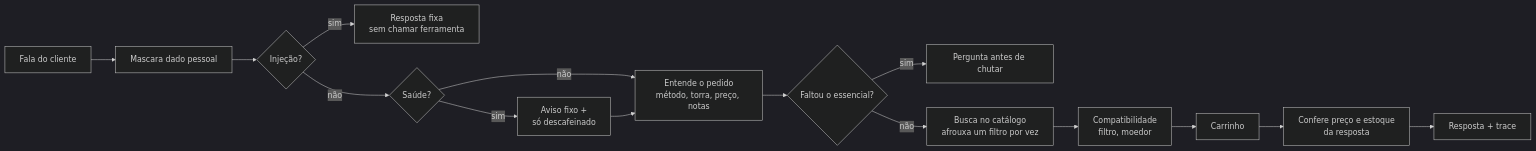
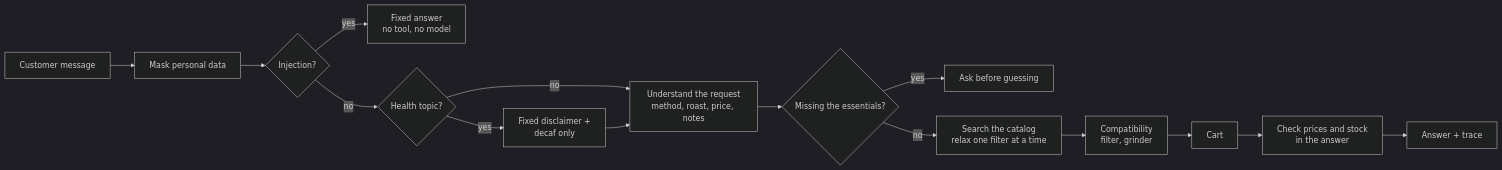
One commit to giovannigomes123/moenda-ai changed the diagram in README.md. Above: the diagram before and after it, drawn with Mermaid (dark theme). The commit also changed other lines of this file and 1 other file, not shown here.

````diff
--- a/README.md
+++ b/README.md
@@ -95,17 +107,17 @@
 ```mermaid
 flowchart LR
-    A[Fala do cliente] --> B[Mascara dado pessoal]
-    B --> C{Injeção?}
-    C -- sim --> X[Resposta fixa<br/>sem chamar ferramenta]
-    C -- não --> D{Saúde?}
-    D -- sim --> D2[Aviso fixo +<br/>só descafeinado]
-    D -- não --> E[Entende o pedido<br/>método, torra, preço, notas]
+    A[Customer message] --> B[Mask personal data]
+    B --> C{Injection?}
+    C -- yes --> X[Fixed answer<br/>no tool, no model]
+    C -- no --> D{Health topic?}
+    D -- yes --> D2[Fixed disclaimer +<br/>decaf only]
+    D -- no --> E[Understand the request<br/>method, roast, price, notes]
     D2 --> E
-    E --> F{Faltou o essencial?}
-    F -- sim --> P[Pergunta antes de chutar]
-    F -- não --> G[Busca no catálogo<br/>afrouxa um filtro por vez]
-    G --> H[Compatibilidade<br/>filtro, moedor]
-    H --> I[Carrinho]
-    I --> J[Confere preço e estoque<br/>da resposta]
-    J --> K[Resposta + trace]
+    E --> F{Missing the essentials?}
+    F -- yes --> P[Ask before guessing]
+    F -- no --> G[Search the catalog<br/>relax one filter at a time]
+    G --> H[Compatibility<br/>filter, grinder]
+    H --> I[Cart]
+    I --> J[Check prices and stock<br/>in the answer]
+    J --> K[Answer + trace]
 ```
````
